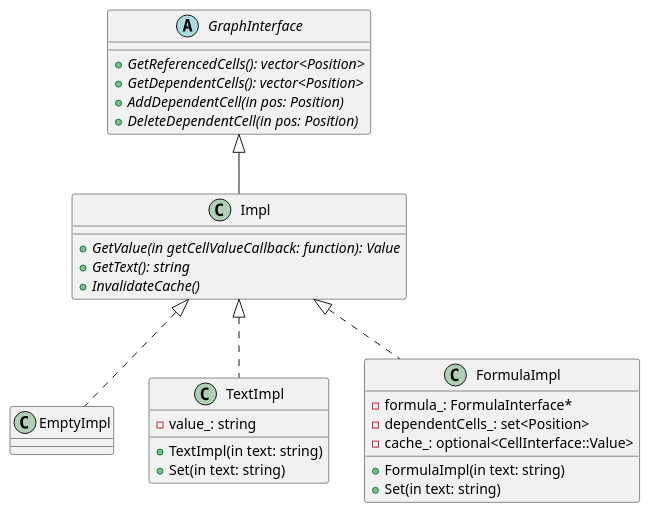
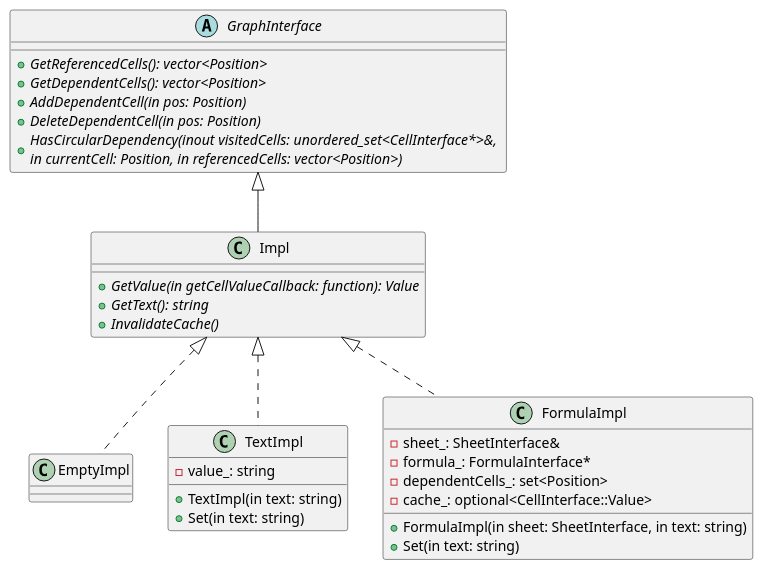
Before and after one commit to kazarynau/YandexPraktikumFinal: the diagram in uml/cellImpl.puml, drawn with PlantUML. The commit also changed 5 other files, not shown here.

Commit message:
Move HasCircularDependency to GraphInterface

```diff
--- a/uml/cellImpl.puml
+++ b/uml/cellImpl.puml
@@ -2,39 +2,41 @@
 @startuml
 
 abstract class GraphInterface {
     +{abstract} GetReferencedCells(): vector<Position>
     +{abstract} GetDependentCells(): vector<Position>
     +{abstract} AddDependentCell(in pos: Position)
     +{abstract} DeleteDependentCell(in pos: Position)
+    +{abstract} HasCircularDependency(inout visitedCells: unordered_set<CellInterface*>&, \nin currentCell: Position, in referencedCells: vector<Position>)
 }
 
 abstract class Impl {
     +{abstract} GetValue(in getCellValueCallback: function): Value
     +{abstract} GetText(): string
     +{abstract} InvalidateCache()
 }
 
 class Impl extends GraphInterface
 
 class EmptyImpl {
 }
 
 class TextImpl {
     +TextImpl(in text: string)
     +Set(in text: string)
     -value_: string
 }
 
 class FormulaImpl {
-    +FormulaImpl(in text: string)
+    +FormulaImpl(in sheet: SheetInterface, in text: string)
     +Set(in text: string)
+    -sheet_: SheetInterface&
     -formula_: FormulaInterface*
     -dependentCells_: set<Position>
     -cache_: optional<CellInterface::Value>
 }
 
 class EmptyImpl implements Impl
 class TextImpl implements Impl
 class FormulaImpl implements Impl
 
 @enduml
```
